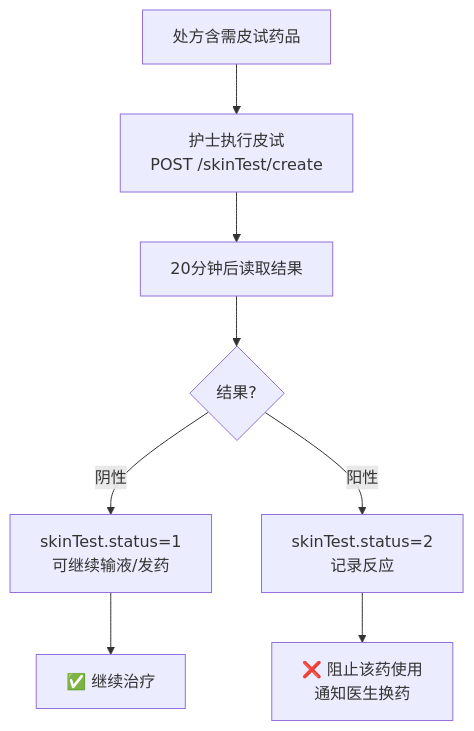
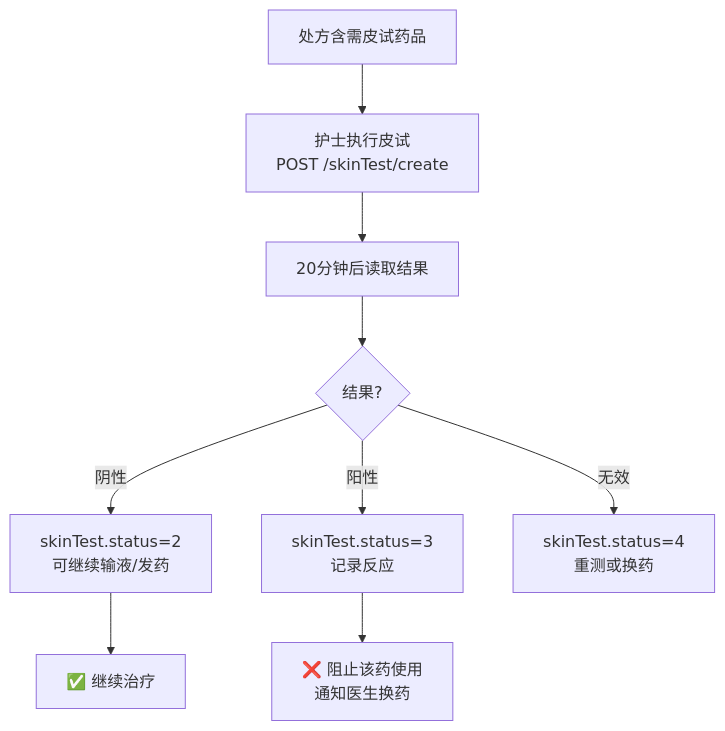
The ninth of 9 diagrams in doc/flowcharts/02-药品药房.md (Palpitate-xus/hoimsystem), drawn with Mermaid before and after one commit. The commit also changed 14 other files, not shown here.

````diff
--- a/doc/flowcharts/02-药品药房.md
+++ b/doc/flowcharts/02-药品药房.md
@@ -170,10 +170,11 @@
 ```mermaid
 flowchart TD
     A[处方含需皮试药品] --> B[护士执行皮试<br/>POST /skinTest/create]
     B --> C[20分钟后读取结果]
     C --> D{结果?}
-    D -- 阴性 --> E[skinTest.status=1<br/>可继续输液/发药]
-    D -- 阳性 --> F[skinTest.status=2<br/>记录反应]
+    D -- 阴性 --> E[skinTest.status=2<br/>可继续输液/发药]
+    D -- 阳性 --> F[skinTest.status=3<br/>记录反应]
+    D -- 无效 --> F2[skinTest.status=4<br/>重测或换药]
     F --> G[❌ 阻止该药使用<br/>通知医生换药]
     E --> H[✅ 继续治疗]
 ```
````
